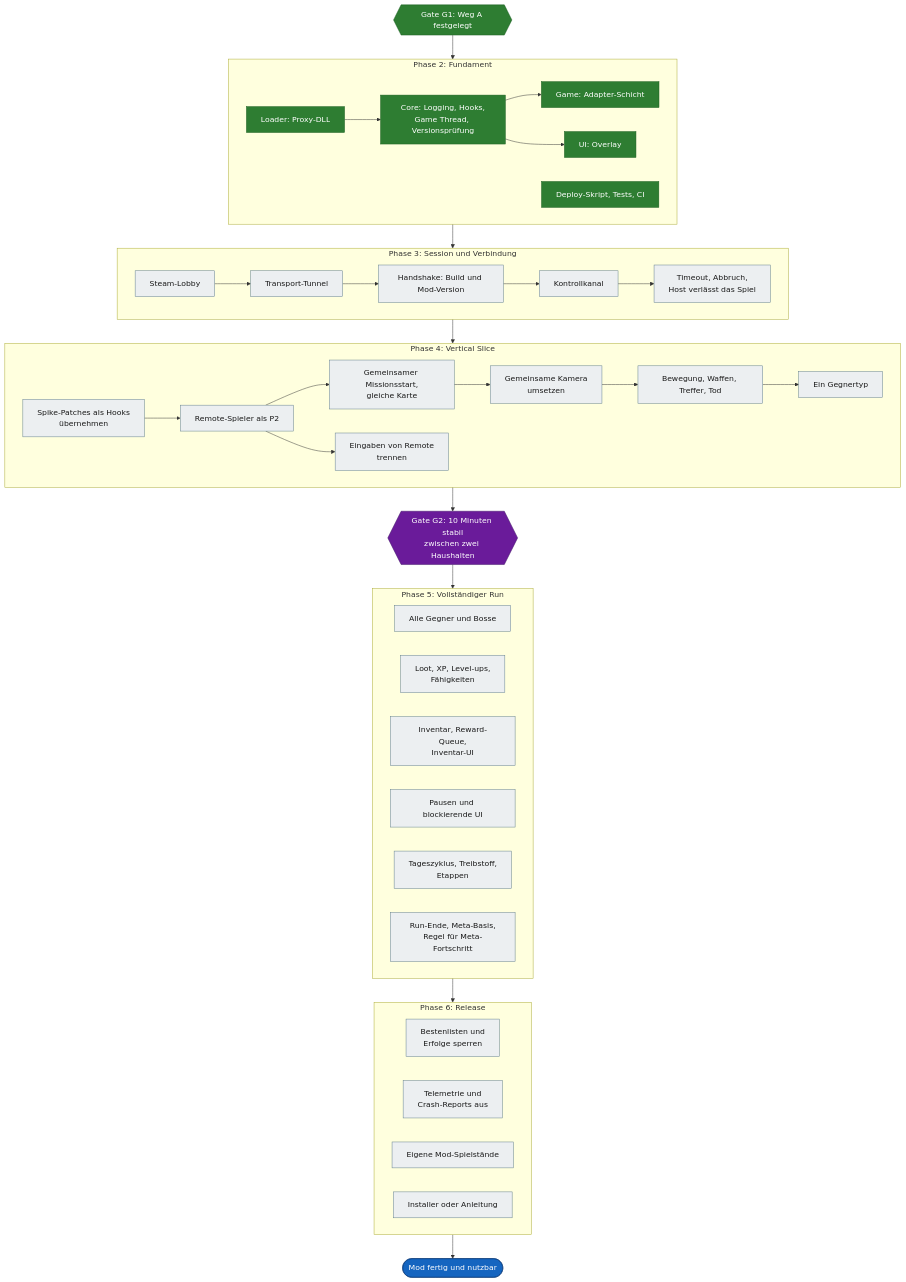
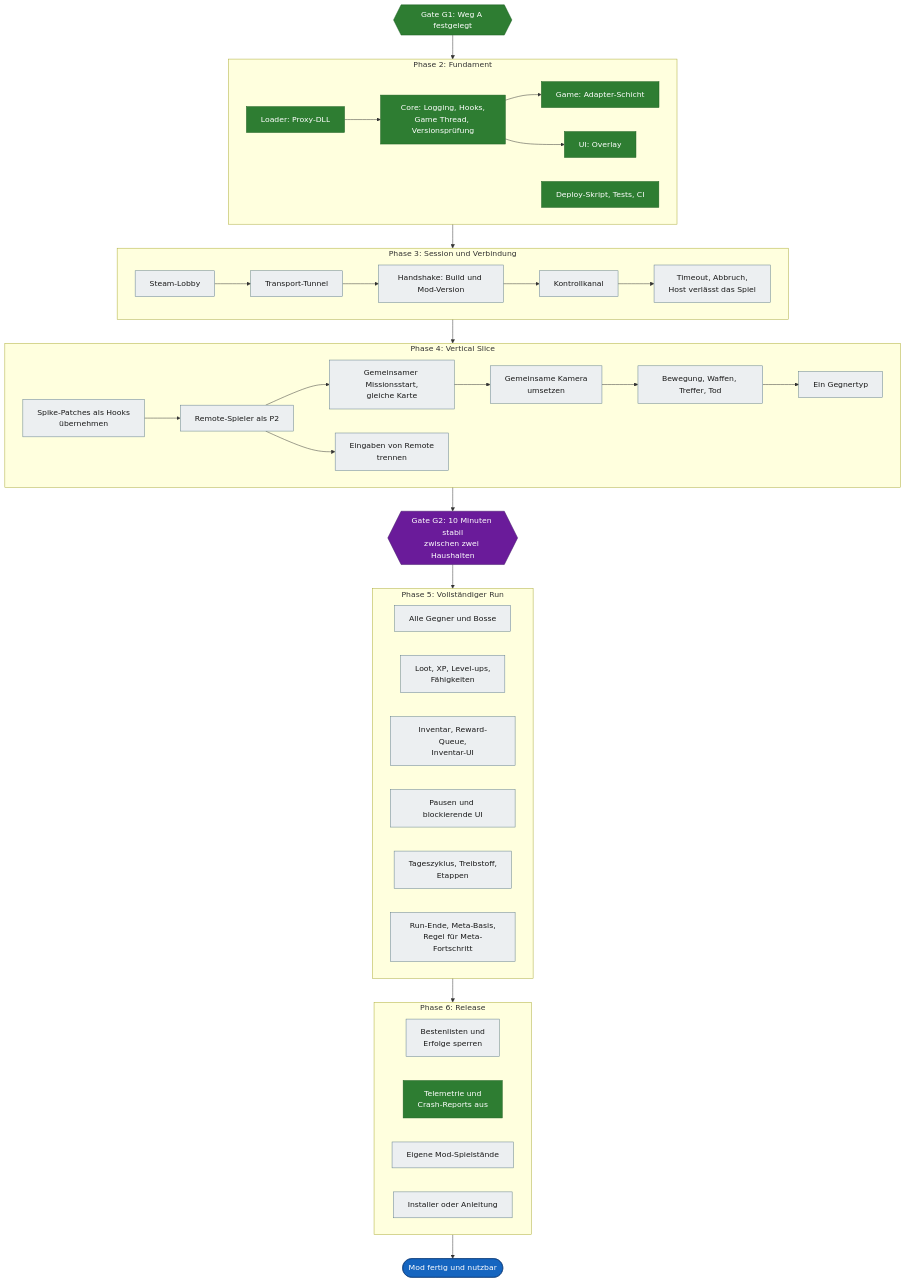
Before and after one commit to VitaminStack/Deadly-Days-Roadtrip-Multiplayer-Mod: the third of 4 diagrams in docs/ROADMAP.md, drawn with Mermaid. The commit also changed 26 other files, not shown here.

First line of the commit message:
telemetrie-aus: Telemetrie und Berichte an den Hersteller im Mod-Betrieb gesperrt (#74)

````diff
--- a/docs/ROADMAP.md
+++ b/docs/ROADMAP.md
@@ -150,63 +150,63 @@
 ```mermaid
 flowchart TD
     G1{{"Gate G1: Weg A festgelegt"}}:::done
 
     subgraph PH2["Phase 2: Fundament"]
         L["Loader: Proxy-DLL"]:::done
         C["Core: Logging, Hooks,<br/>Game Thread, Versionsprüfung"]:::done
         GA["Game: Adapter-Schicht"]:::done
         U["UI: Overlay"]:::done
         W["Deploy-Skript, Tests, CI"]:::done
         L --> C --> GA
         C --> U
     end
 
     subgraph PH3["Phase 3: Session und Verbindung"]
         LO["Steam-Lobby"]:::open
         TN["Transport-Tunnel"]:::open
         HS["Handshake: Build und Mod-Version"]:::open
         FE["Timeout, Abbruch,<br/>Host verlässt das Spiel"]:::open
         KK["Kontrollkanal"]:::open
         LO --> TN --> HS --> KK --> FE
     end
 
     subgraph PH4["Phase 4: Vertical Slice"]
         SH["Spike-Patches als Hooks<br/>übernehmen"]:::open
         R2["Remote-Spieler als P2"]:::open
         MS["Gemeinsamer Missionsstart,<br/>gleiche Karte"]:::open
         KM["Gemeinsame Kamera<br/>umsetzen"]:::open
         KA["Bewegung, Waffen, Treffer, Tod"]:::open
         GT["Ein Gegnertyp"]:::open
         EI["Eingaben von Remote<br/>trennen"]:::open
         SH --> R2 --> MS --> KM --> KA --> GT
         R2 --> EI
     end
 
     G2{{"Gate G2: 10 Minuten stabil<br/>zwischen zwei Haushalten"}}:::gate
 
     subgraph PH5["Phase 5: Vollständiger Run"]
         GE["Alle Gegner und Bosse"]:::open
         XP["Loot, XP, Level-ups,<br/>Fähigkeiten"]:::open
         IV["Inventar, Reward-Queue,<br/>Inventar-UI"]:::open
         PU["Pausen und blockierende UI"]:::open
         TG["Tageszyklus, Treibstoff,<br/>Etappen"]:::open
         ME["Run-Ende, Meta-Basis,<br/>Regel für Meta-Fortschritt"]:::open
     end
 
     subgraph PH6["Phase 6: Release"]
         SB["Bestenlisten und<br/>Erfolge sperren"]:::open
-        TE["Telemetrie und<br/>Crash-Reports aus"]:::open
+        TE["Telemetrie und<br/>Crash-Reports aus"]:::done
         SV["Eigene Mod-Spielstände"]:::open
         IN["Installer oder Anleitung"]:::open
     end
 
     Z(["Mod fertig und nutzbar"]):::goal
 
     G1 --> PH2 --> PH3 --> PH4 --> G2 --> PH5 --> PH6 --> Z
 
     classDef done fill:#2e7d32,stroke:#1b5e20,color:#ffffff
     classDef wip fill:#f9a825,stroke:#b27a00,color:#1a1a1a
     classDef open fill:#eceff1,stroke:#607d8b,color:#1a1a1a
     classDef gate fill:#6a1b9a,stroke:#3e1163,color:#ffffff
     classDef goal fill:#1565c0,stroke:#0d3c78,color:#ffffff
 ```
````
